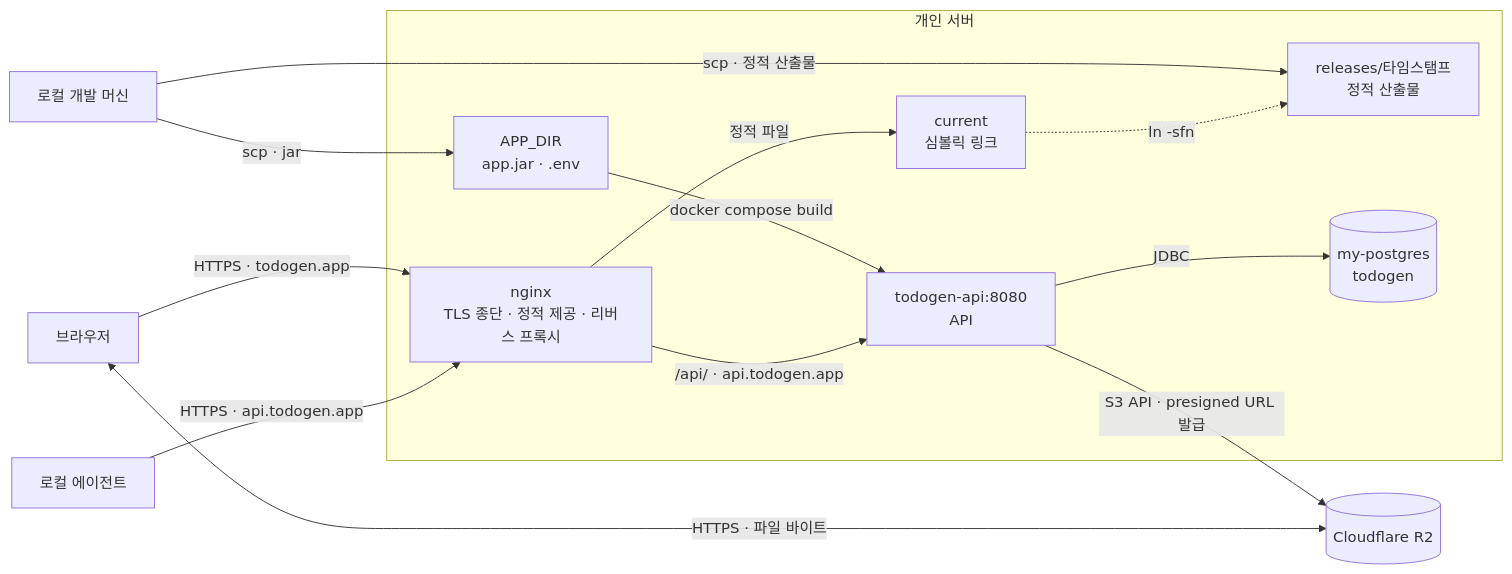
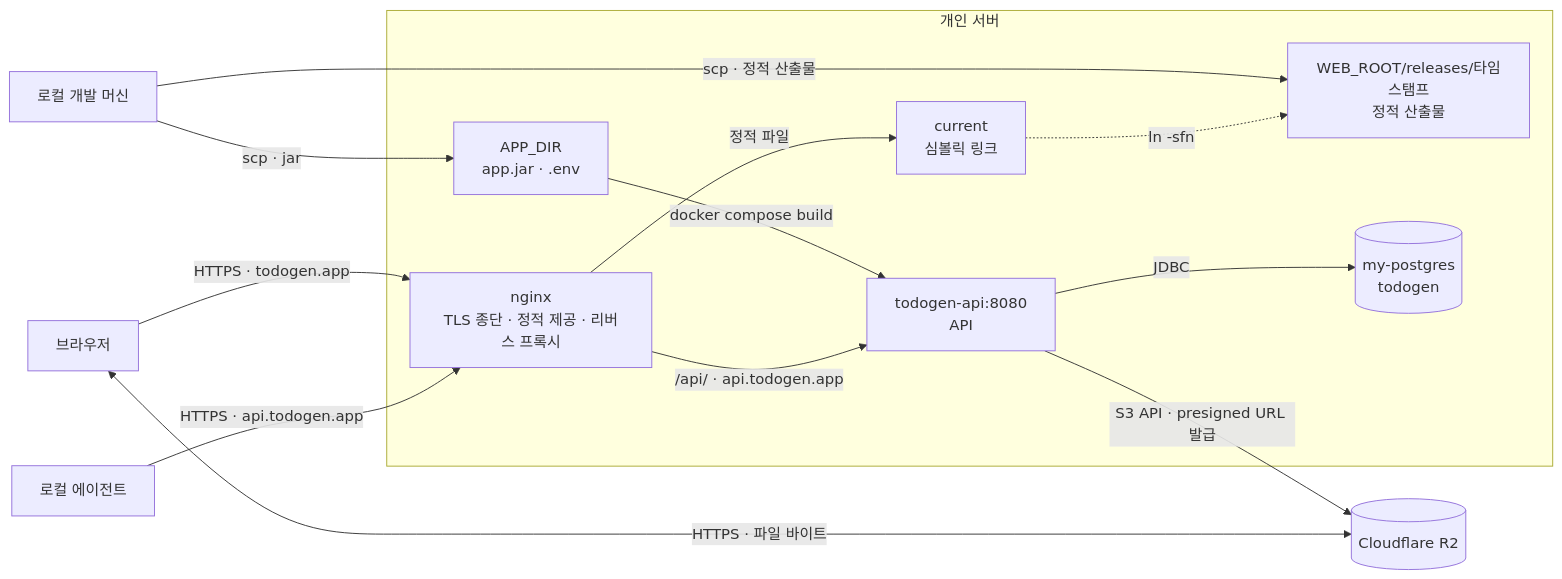
Before and after one commit to dev-goraebap/gentask: the diagram in docs/architecture/07-deployment-view.md, drawn with Mermaid. The commit also changed other lines of this file, not shown here.

````diff
--- a/docs/architecture/07-deployment-view.md
+++ b/docs/architecture/07-deployment-view.md
@@ -5,28 +5,28 @@
 ```mermaid
 flowchart LR
     dev["로컬 개발 머신"]
     browser["브라우저"]
     agent["로컬 에이전트"]
     r2[("Cloudflare R2")]
 
     subgraph host["개인 서버"]
-        release["releases/타임스탬프<br/>정적 산출물"]
+        release["WEB_ROOT/releases/타임스탬프<br/>정적 산출물"]
         current["current<br/>심볼릭 링크"]
         staging["APP_DIR<br/>app.jar · .env"]
         nginx["nginx<br/>TLS 종단 · 정적 제공 · 리버스 프록시"]
         api["todogen-api:8080<br/>API"]
         db[("my-postgres<br/>todogen")]
     end
 
     dev -- "scp · 정적 산출물" --> release
     dev -- "scp · jar" --> staging
     current -. "ln -sfn" .-> release
     staging -- "docker compose build" --> api
     browser -- "HTTPS · todogen.app" --> nginx
     agent -- "HTTPS · api.todogen.app" --> nginx
     nginx -- "정적 파일" --> current
     nginx -- "/api/ · api.todogen.app" --> api
     api -- "JDBC" --> db
     api -- "S3 API · presigned URL 발급" --> r2
     browser <-- "HTTPS · 파일 바이트" --> r2
 ```
````
